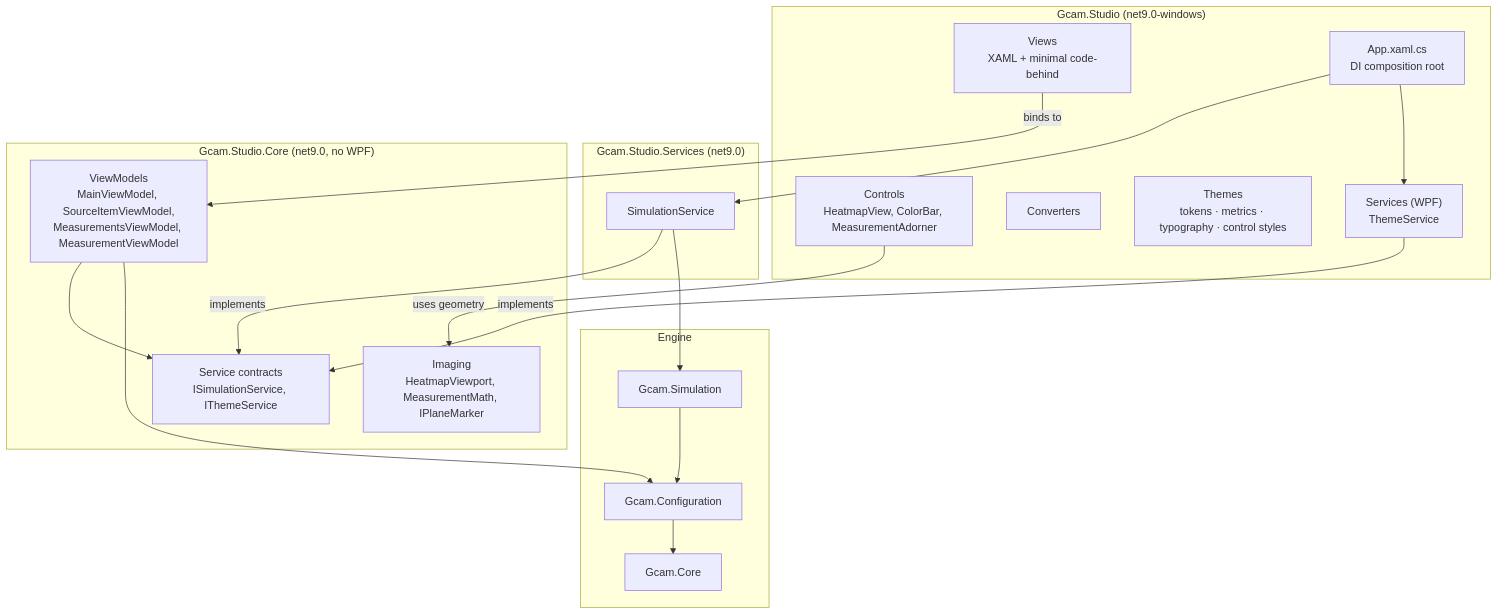
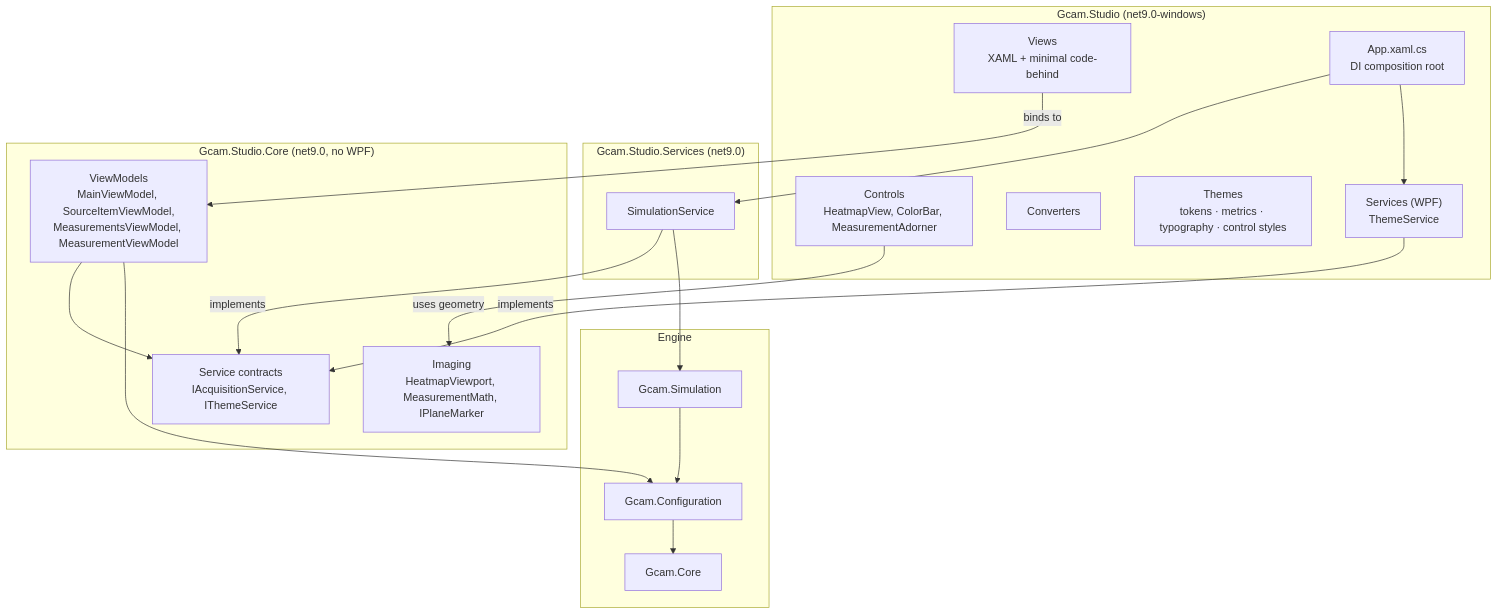
One commit to Jwlee-IL/G-CAM-Simulator changed the first of 2 diagrams in docs/DESIGN.Architecture.md. Above: the diagram before and after it, drawn with Mermaid. The commit also changed other lines of this file and 23 other files, not shown here.

````diff
--- a/docs/DESIGN.Architecture.md
+++ b/docs/DESIGN.Architecture.md
@@ -16,35 +16,35 @@
 ```mermaid
 flowchart TB
     subgraph WPF["Gcam.Studio (net9.0-windows)"]
         Views["Views<br/>XAML + minimal code-behind"]
         Controls["Controls<br/>HeatmapView, ColorBar, MeasurementAdorner"]
         Conv["Converters"]
         Themes["Themes<br/>tokens · metrics · typography · control styles"]
         WpfSvc["Services (WPF)<br/>ThemeService"]
         Root["App.xaml.cs<br/>DI composition root"]
     end
     subgraph SVC["Gcam.Studio.Services (net9.0)"]
         SimSvc["SimulationService"]
     end
     subgraph CORE["Gcam.Studio.Core (net9.0, no WPF)"]
         VM["ViewModels<br/>MainViewModel, SourceItemViewModel,<br/>MeasurementsViewModel, MeasurementViewModel"]
-        Contracts["Service contracts<br/>ISimulationService, IThemeService"]
+        Contracts["Service contracts<br/>IAcquisitionService, IThemeService"]
         Geo["Imaging<br/>HeatmapViewport, MeasurementMath, IPlaneMarker"]
     end
     subgraph ENGINE["Engine"]
         Sim["Gcam.Simulation"]
         Cfg["Gcam.Configuration"]
         C["Gcam.Core"]
     end
 
     Views -- binds to --> VM
     Controls -- uses geometry --> Geo
     WpfSvc -- implements --> Contracts
     SimSvc -- implements --> Contracts
     Root --> SimSvc
     Root --> WpfSvc
     VM --> Contracts
     SimSvc --> Sim
     VM --> Cfg
     Sim --> Cfg --> C
 ```
````
